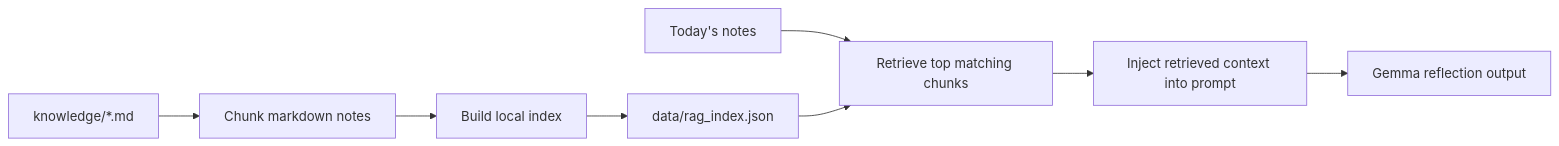
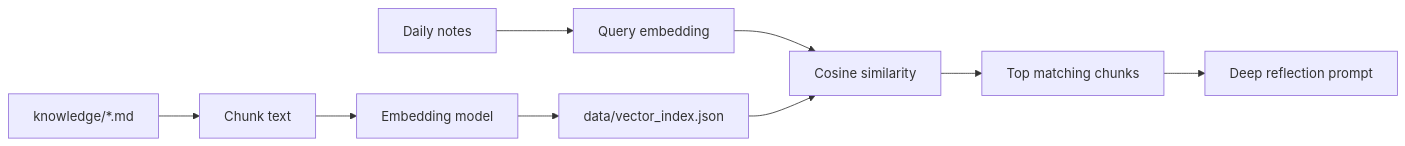
One commit to shanmukh9/AI-library changed the third of 3 diagrams in Agents/daily-reflection-agent/README.md. Above: the diagram before and after it, drawn with Mermaid. The commit also changed other lines of this file and 13 other files, not shown here.

First line of the commit message:
Polish daily reflection agent as a public portfolio prototype

````diff
--- a/Agents/daily-reflection-agent/README.md
+++ b/Agents/daily-reflection-agent/README.md
@@ -68,10 +131,11 @@
 ```mermaid
 flowchart LR
-    A["knowledge/*.md"] --> B["Chunk markdown notes"]
-    B --> C["Build local index"]
-    C --> D["data/rag_index.json"]
-    E["Today's notes"] --> F["Retrieve top matching chunks"]
-    D --> F
-    F --> G["Inject retrieved context into prompt"]
-    G --> H["Gemma reflection output"]
+    A["knowledge/*.md"] --> B["Chunk text"]
+    B --> C["Embedding model"]
+    C --> D["data/vector_index.json"]
+    E["Daily notes"] --> F["Query embedding"]
+    F --> G["Cosine similarity"]
+    D --> G
+    G --> H["Top matching chunks"]
+    H --> I["Deep reflection prompt"]
 ```
````
